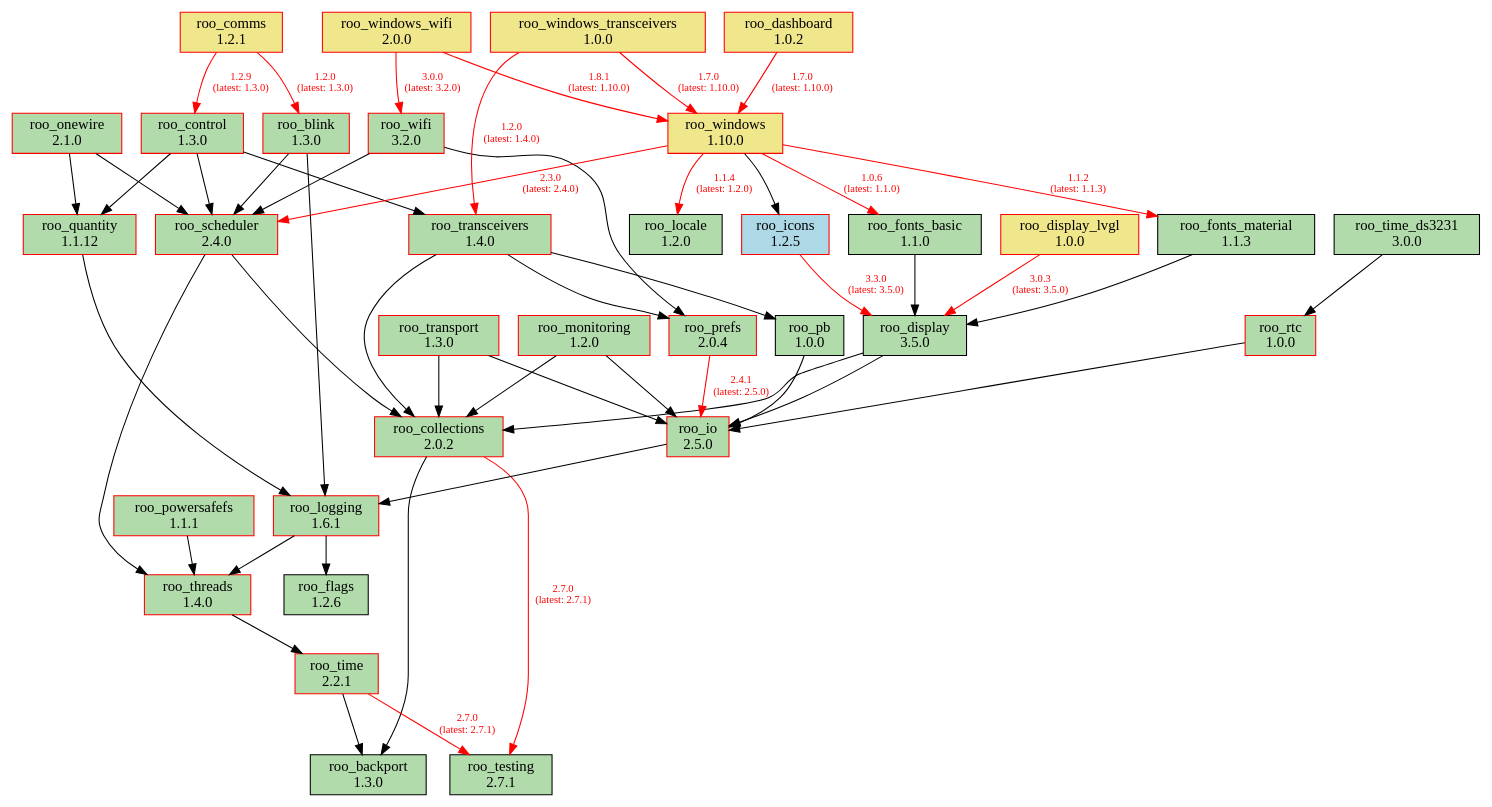
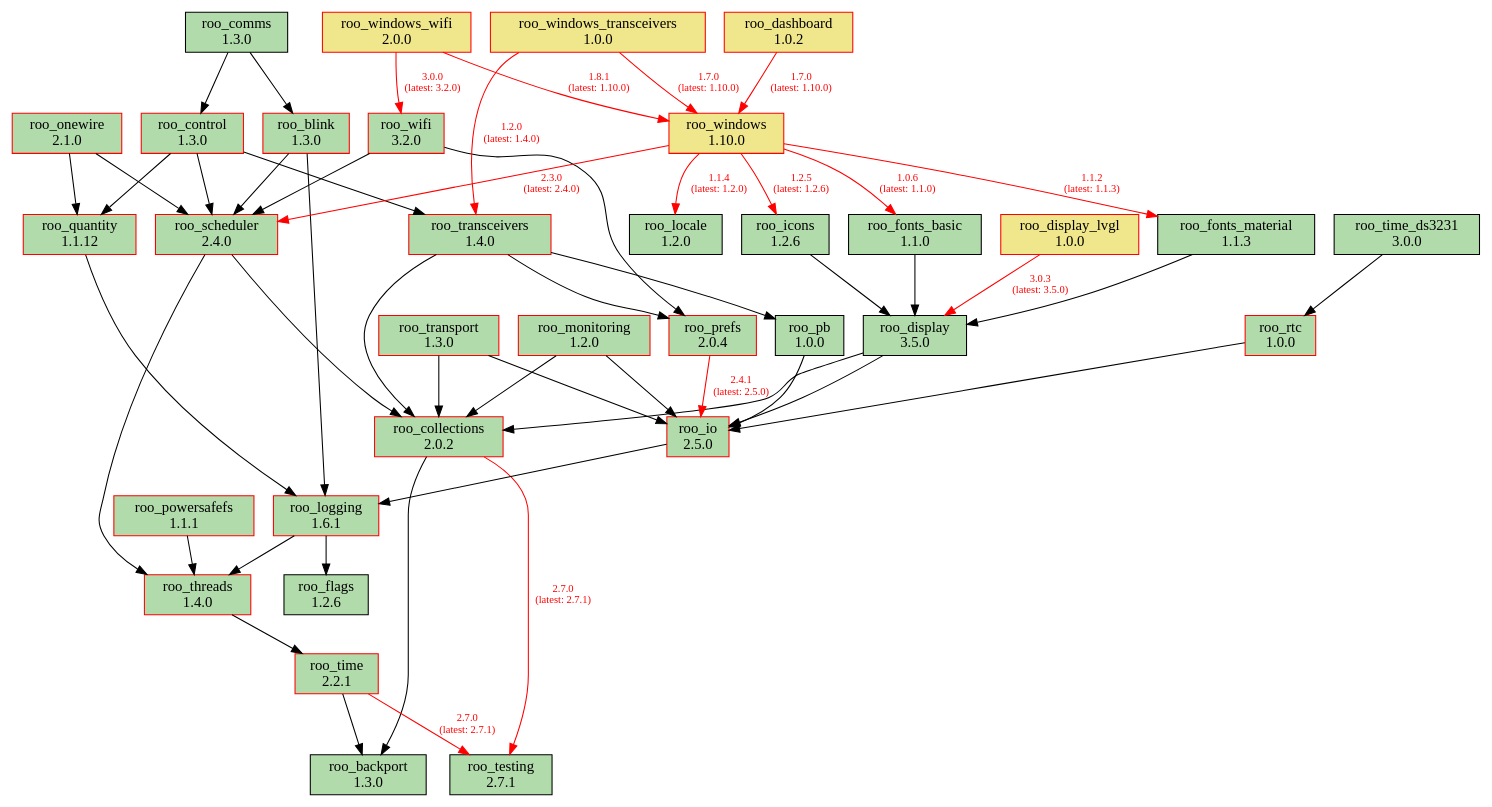
Before and after one commit to dejwk/roo-registry: the diagram in doc/dependencies.dot, drawn with Graphviz. The commit also changed 3 other files, not shown here.

Commit message:
Added roo_comms 1.3.0 to the registry.

```diff
--- a/doc/dependencies.dot
+++ b/doc/dependencies.dot
@@ -1,92 +1,92 @@
 digraph dependencies {
     rankdir=TB;
     node [shape=box, style=filled];
     edge [fontsize=10];
 
     // Modules
     "roo_backport" [label="roo_backport\n1.3.0", fillcolor="#b1dbab", color="black"];
     "roo_blink" [label="roo_blink\n1.3.0", fillcolor="#b1dbab", color="red"];
     "roo_collections" [label="roo_collections\n2.0.2", fillcolor="#b1dbab", color="red"];
-    "roo_comms" [label="roo_comms\n1.2.1", fillcolor="khaki", color="red"];
+    "roo_comms" [label="roo_comms\n1.3.0", fillcolor="#b1dbab", color="black"];
     "roo_control" [label="roo_control\n1.3.0", fillcolor="#b1dbab", color="red"];
     "roo_dashboard" [label="roo_dashboard\n1.0.2", fillcolor="khaki", color="red"];
     "roo_display" [label="roo_display\n3.5.0", fillcolor="#b1dbab", color="black"];
     "roo_display_lvgl" [label="roo_display_lvgl\n1.0.0", fillcolor="khaki", color="red"];
     "roo_flags" [label="roo_flags\n1.2.6", fillcolor="#b1dbab", color="black"];
     "roo_fonts_basic" [label="roo_fonts_basic\n1.1.0", fillcolor="#b1dbab", color="black"];
     "roo_fonts_material" [label="roo_fonts_material\n1.1.3", fillcolor="#b1dbab", color="black"];
-    "roo_icons" [label="roo_icons\n1.2.5", fillcolor="lightblue", color="red"];
+    "roo_icons" [label="roo_icons\n1.2.6", fillcolor="#b1dbab", color="black"];
     "roo_io" [label="roo_io\n2.5.0", fillcolor="#b1dbab", color="red"];
     "roo_locale" [label="roo_locale\n1.2.0", fillcolor="#b1dbab", color="black"];
     "roo_logging" [label="roo_logging\n1.6.1", fillcolor="#b1dbab", color="red"];
     "roo_monitoring" [label="roo_monitoring\n1.2.0", fillcolor="#b1dbab", color="red"];
     "roo_onewire" [label="roo_onewire\n2.1.0", fillcolor="#b1dbab", color="red"];
     "roo_pb" [label="roo_pb\n1.0.0", fillcolor="#b1dbab", color="black"];
     "roo_powersafefs" [label="roo_powersafefs\n1.1.1", fillcolor="#b1dbab", color="red"];
     "roo_prefs" [label="roo_prefs\n2.0.4", fillcolor="#b1dbab", color="red"];
     "roo_quantity" [label="roo_quantity\n1.1.12", fillcolor="#b1dbab", color="red"];
     "roo_rtc" [label="roo_rtc\n1.0.0", fillcolor="#b1dbab", color="red"];
     "roo_scheduler" [label="roo_scheduler\n2.4.0", fillcolor="#b1dbab", color="red"];
     "roo_testing" [label="roo_testing\n2.7.1", fillcolor="#b1dbab", color="black"];
     "roo_threads" [label="roo_threads\n1.4.0", fillcolor="#b1dbab", color="red"];
     "roo_time" [label="roo_time\n2.2.1", fillcolor="#b1dbab", color="red"];
     "roo_time_ds3231" [label="roo_time_ds3231\n3.0.0", fillcolor="#b1dbab", color="black"];
     "roo_transceivers" [label="roo_transceivers\n1.4.0", fillcolor="#b1dbab", color="red"];
     "roo_transport" [label="roo_transport\n1.3.0", fillcolor="#b1dbab", color="red"];
     "roo_wifi" [label="roo_wifi\n3.2.0", fillcolor="#b1dbab", color="red"];
     "roo_windows" [label="roo_windows\n1.10.0", fillcolor="khaki", color="red"];
     "roo_windows_transceivers" [label="roo_windows_transceivers\n1.0.0", fillcolor="khaki", color="red"];
     "roo_windows_wifi" [label="roo_windows_wifi\n2.0.0", fillcolor="khaki", color="red"];
 
     // Dependencies
     "roo_blink" -> "roo_logging";
     "roo_blink" -> "roo_scheduler";
     "roo_collections" -> "roo_testing" [color=red, fontcolor=red, label="2.7.0\n(latest: 2.7.1)"];
     "roo_collections" -> "roo_backport";
-    "roo_comms" -> "roo_blink" [color=red, fontcolor=red, label="1.2.0\n(latest: 1.3.0)"];
-    "roo_comms" -> "roo_control" [color=red, fontcolor=red, label="1.2.9\n(latest: 1.3.0)"];
+    "roo_comms" -> "roo_blink";
+    "roo_comms" -> "roo_control";
     "roo_control" -> "roo_quantity";
     "roo_control" -> "roo_scheduler";
     "roo_control" -> "roo_transceivers";
     "roo_dashboard" -> "roo_windows" [color=red, fontcolor=red, label="1.7.0\n(latest: 1.10.0)"];
     "roo_display" -> "roo_collections";
     "roo_display" -> "roo_io";
     "roo_display_lvgl" -> "roo_display" [color=red, fontcolor=red, label="3.0.3\n(latest: 3.5.0)"];
     "roo_fonts_basic" -> "roo_display";
     "roo_fonts_material" -> "roo_display";
-    "roo_icons" -> "roo_display" [color=red, fontcolor=red, label="3.3.0\n(latest: 3.5.0)"];
+    "roo_icons" -> "roo_display";
     "roo_io" -> "roo_logging";
     "roo_logging" -> "roo_flags";
     "roo_logging" -> "roo_threads";
     "roo_monitoring" -> "roo_collections";
     "roo_monitoring" -> "roo_io";
     "roo_onewire" -> "roo_scheduler";
     "roo_onewire" -> "roo_quantity";
     "roo_pb" -> "roo_io";
     "roo_powersafefs" -> "roo_threads";
     "roo_prefs" -> "roo_io" [color=red, fontcolor=red, label="2.4.1\n(latest: 2.5.0)"];
     "roo_quantity" -> "roo_logging";
     "roo_rtc" -> "roo_io";
     "roo_scheduler" -> "roo_collections";
     "roo_scheduler" -> "roo_threads";
     "roo_threads" -> "roo_time";
     "roo_time" -> "roo_testing" [color=red, fontcolor=red, label="2.7.0\n(latest: 2.7.1)"];
     "roo_time" -> "roo_backport";
     "roo_time_ds3231" -> "roo_rtc";
     "roo_transceivers" -> "roo_pb";
     "roo_transceivers" -> "roo_collections";
     "roo_transceivers" -> "roo_prefs";
     "roo_transport" -> "roo_collections";
     "roo_transport" -> "roo_io";
     "roo_wifi" -> "roo_prefs";
     "roo_wifi" -> "roo_scheduler";
     "roo_windows" -> "roo_fonts_basic" [color=red, fontcolor=red, label="1.0.6\n(latest: 1.1.0)"];
     "roo_windows" -> "roo_fonts_material" [color=red, fontcolor=red, label="1.1.2\n(latest: 1.1.3)"];
     "roo_windows" -> "roo_locale" [color=red, fontcolor=red, label="1.1.4\n(latest: 1.2.0)"];
-    "roo_windows" -> "roo_icons";
+    "roo_windows" -> "roo_icons" [color=red, fontcolor=red, label="1.2.5\n(latest: 1.2.6)"];
     "roo_windows" -> "roo_scheduler" [color=red, fontcolor=red, label="2.3.0\n(latest: 2.4.0)"];
     "roo_windows_transceivers" -> "roo_transceivers" [color=red, fontcolor=red, label="1.2.0\n(latest: 1.4.0)"];
     "roo_windows_transceivers" -> "roo_windows" [color=red, fontcolor=red, label="1.7.0\n(latest: 1.10.0)"];
     "roo_windows_wifi" -> "roo_wifi" [color=red, fontcolor=red, label="3.0.0\n(latest: 3.2.0)"];
     "roo_windows_wifi" -> "roo_windows" [color=red, fontcolor=red, label="1.8.1\n(latest: 1.10.0)"];
 }
```
